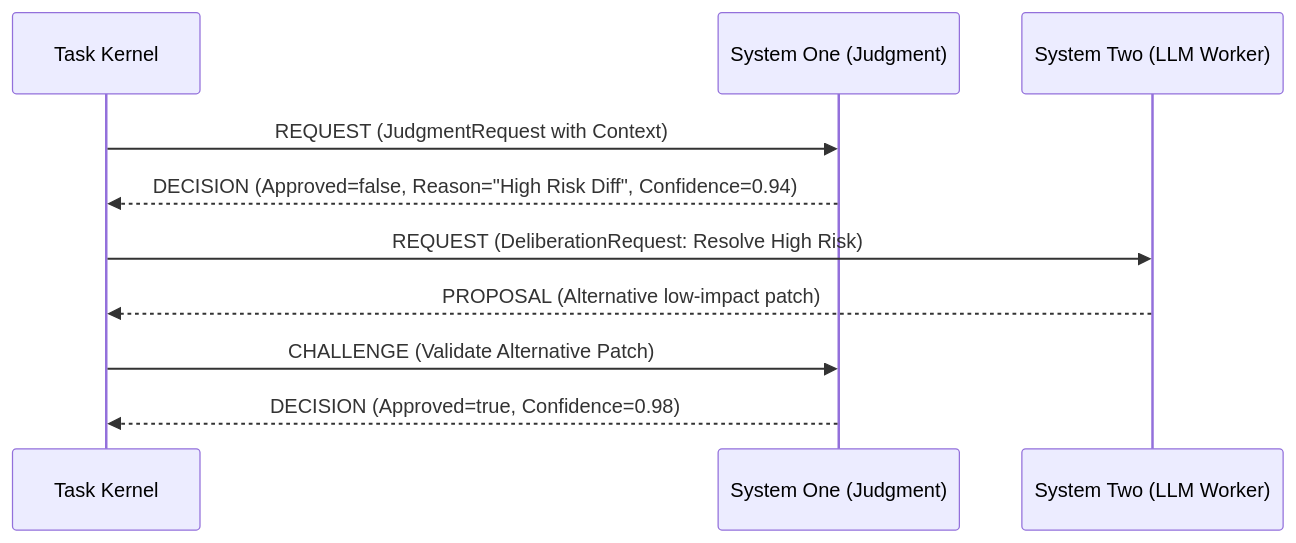
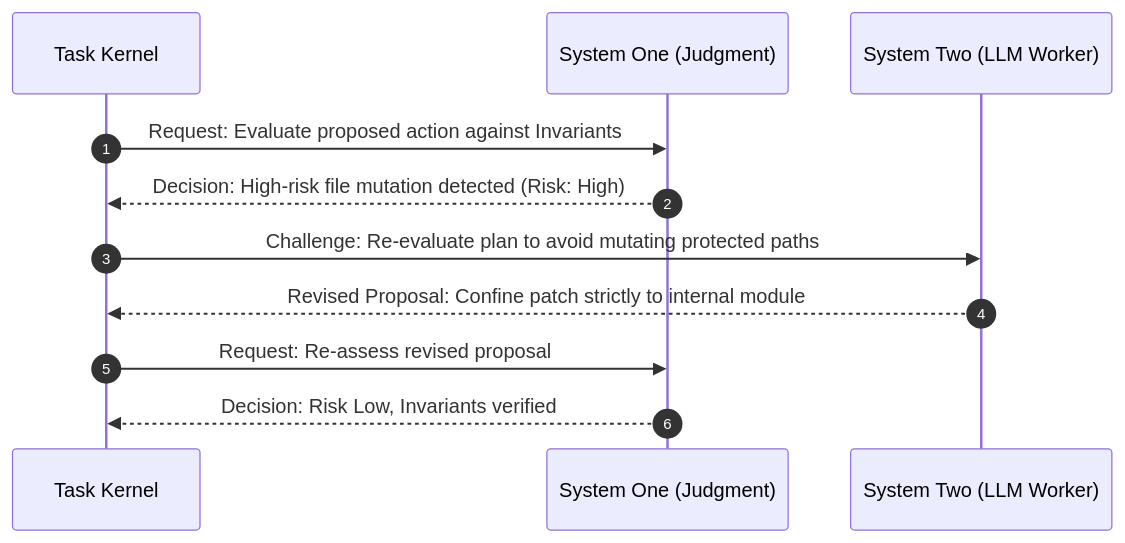
The diagram in docs/architecture/cognitive-fabric.md (civi0411/Custos), drawn with Mermaid before and after one commit. The commit also changed other lines of this file and 39 other files, not shown here.

````diff
--- a/docs/architecture/cognitive-fabric.md
+++ b/docs/architecture/cognitive-fabric.md
@@ -41,13 +41,14 @@
 ```mermaid
 sequenceDiagram
+    autonumber
     participant Kernel as Task Kernel
     participant S1 as System One (Judgment)
     participant S2 as System Two (LLM Worker)
-    
-    Kernel->>S1: REQUEST (JudgmentRequest with Context)
-    S1-->>Kernel: DECISION (Approved=false, Reason="High Risk Diff", Confidence=0.94)
-    Kernel->>S2: REQUEST (DeliberationRequest: Resolve High Risk)
-    S2-->>Kernel: PROPOSAL (Alternative low-impact patch)
-    Kernel->>S1: CHALLENGE (Validate Alternative Patch)
-    S1-->>Kernel: DECISION (Approved=true, Confidence=0.98)
+
+    Kernel->>S1: Request: Evaluate proposed action against Invariants
+    S1-->>Kernel: Decision: High-risk file mutation detected (Risk: High)
+    Kernel->>S2: Challenge: Re-evaluate plan to avoid mutating protected paths
+    S2-->>Kernel: Revised Proposal: Confine patch strictly to internal module
+    Kernel->>S1: Request: Re-assess revised proposal
+    S1-->>Kernel: Decision: Risk Low, Invariants verified
 ```
````
